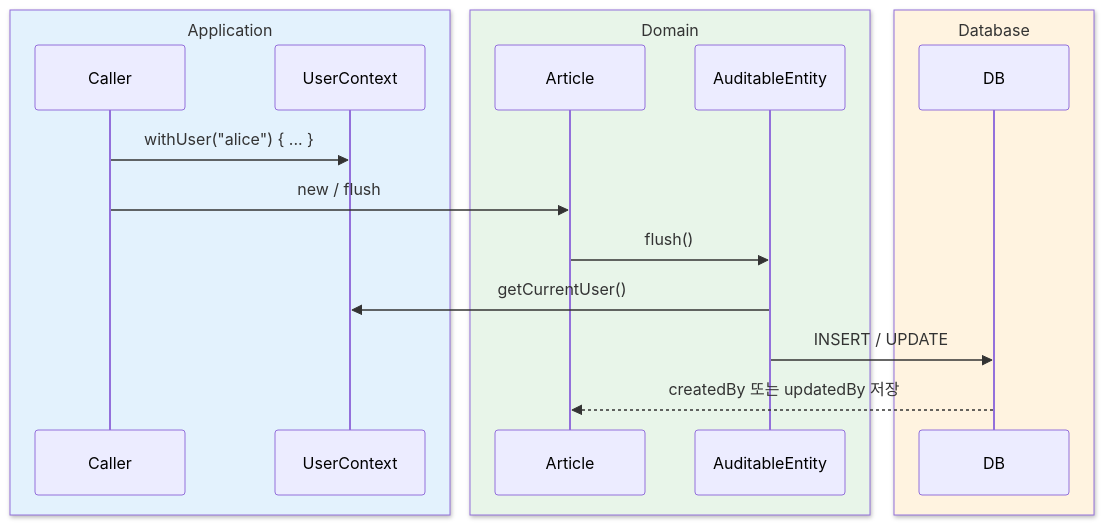
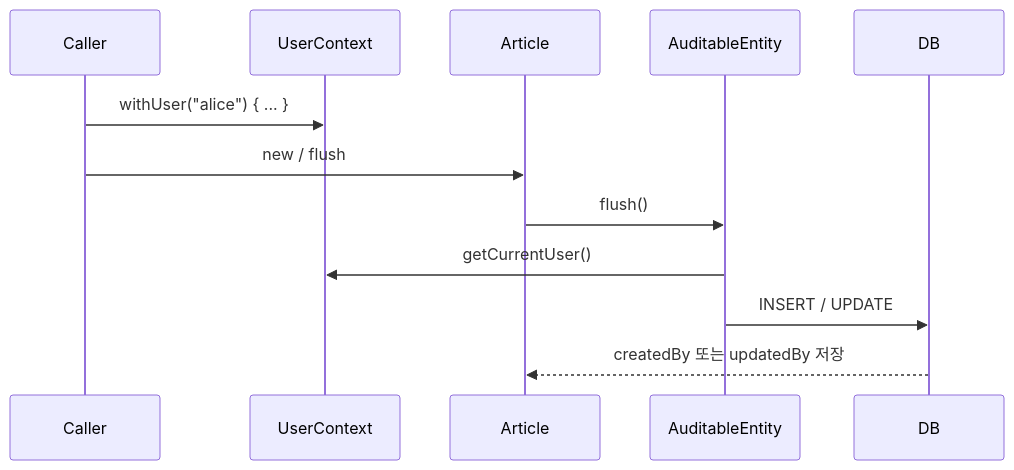
Before and after one commit to bluetape4k/bluetape4k-projects: the fourth of 4 diagrams in data/exposed-dao/README.ko.md, drawn with Mermaid. The commit also changed other lines of this file and 219 other files, not shown here.

First line of the commit message:
docs: 전체 README Mermaid 다이어그램 가이드 적용

````diff
--- a/data/exposed-dao/README.ko.md
+++ b/data/exposed-dao/README.ko.md
@@ -418,21 +418,15 @@
 ```mermaid
 sequenceDiagram
-    box rgb(227, 242, 253) Application
         participant Caller
         participant UserContext
-    end
-    box rgb(232, 245, 233) Domain
         participant Article
         participant AuditableEntity
-    end
-    box rgb(255, 243, 224) Database
         participant DB
-    end
 
     Caller->>UserContext: withUser("alice") { ... }
     Caller->>Article: new / flush
     Article->>AuditableEntity: flush()
     AuditableEntity->>UserContext: getCurrentUser()
     AuditableEntity->>DB: INSERT / UPDATE
     DB-->>Article: createdBy 또는 updatedBy 저장
 ```
````
